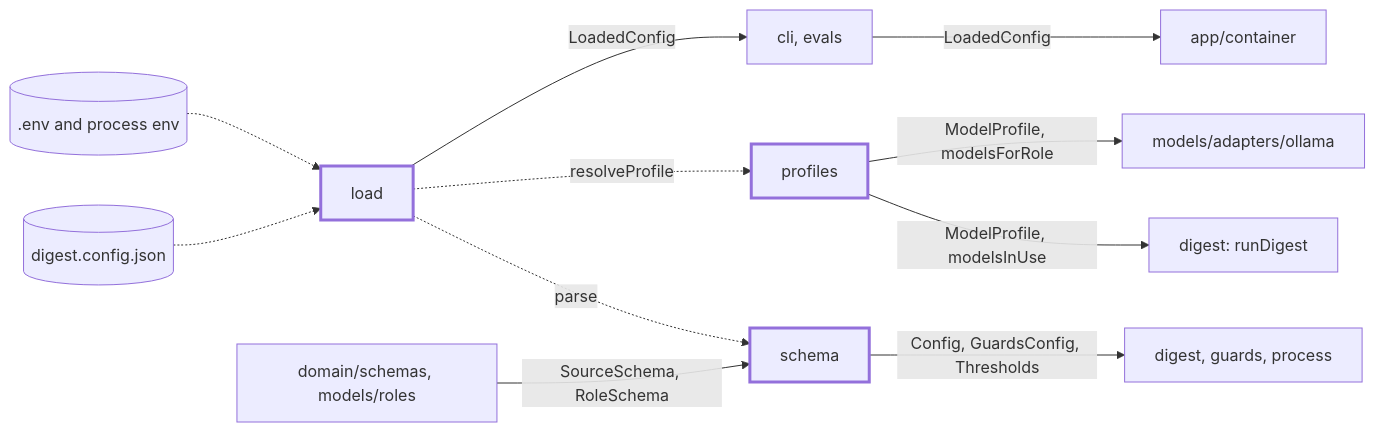
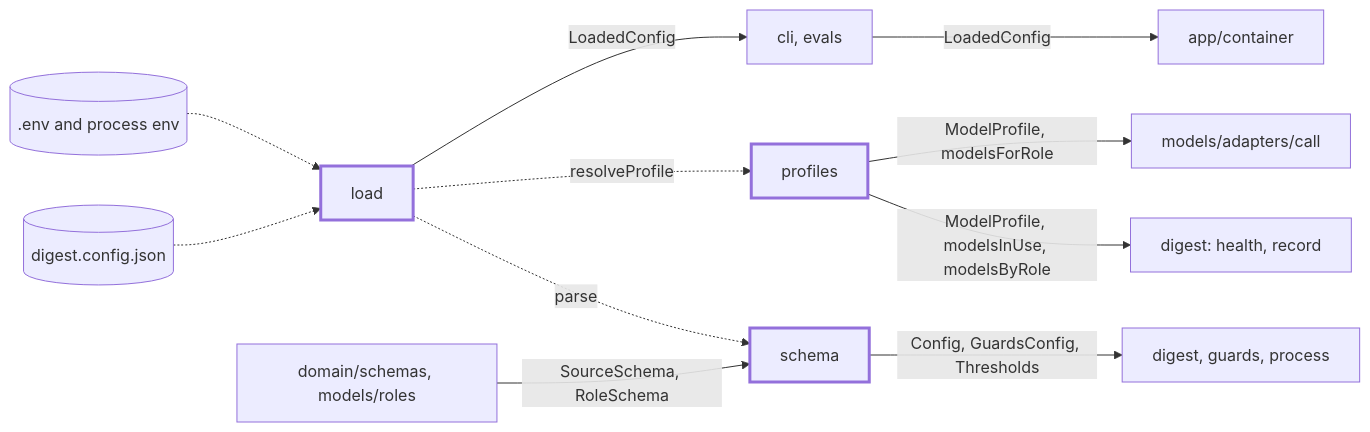
The first of 2 diagrams in src/config/CLAUDE.md (odere-pro/weekly-engineering-digest-agent), drawn with Mermaid before and after one commit. The commit also changed other lines of this file and 119 other files, not shown here.

````diff
--- a/src/config/CLAUDE.md
+++ b/src/config/CLAUDE.md
@@ -9,13 +9,13 @@
 ```mermaid
 flowchart LR
   file[("digest.config.json")] -.-> load:::focus
   env[(".env and process env")] -.-> load
   load -.->|"parse"| schema:::focus
   load -.->|"resolveProfile"| profiles:::focus
   dom["domain/schemas, models/roles"] -->|"SourceSchema, RoleSchema"| schema
   load -->|"LoadedConfig"| callers["cli, evals"] -->|"LoadedConfig"| app["app/container"]
   schema -->|"Config, GuardsConfig, Thresholds"| core["digest, guards, process"]
-  profiles -->|"ModelProfile, modelsInUse"| digest["digest: runDigest"]
-  profiles -->|"ModelProfile, modelsForRole"| ollama["models/adapters/ollama"]
+  profiles -->|"ModelProfile, modelsInUse, modelsByRole"| digest["digest: health, record"]
+  profiles -->|"ModelProfile, modelsForRole"| ollama["models/adapters/call"]
   classDef focus stroke-width:3px
 ```
````
